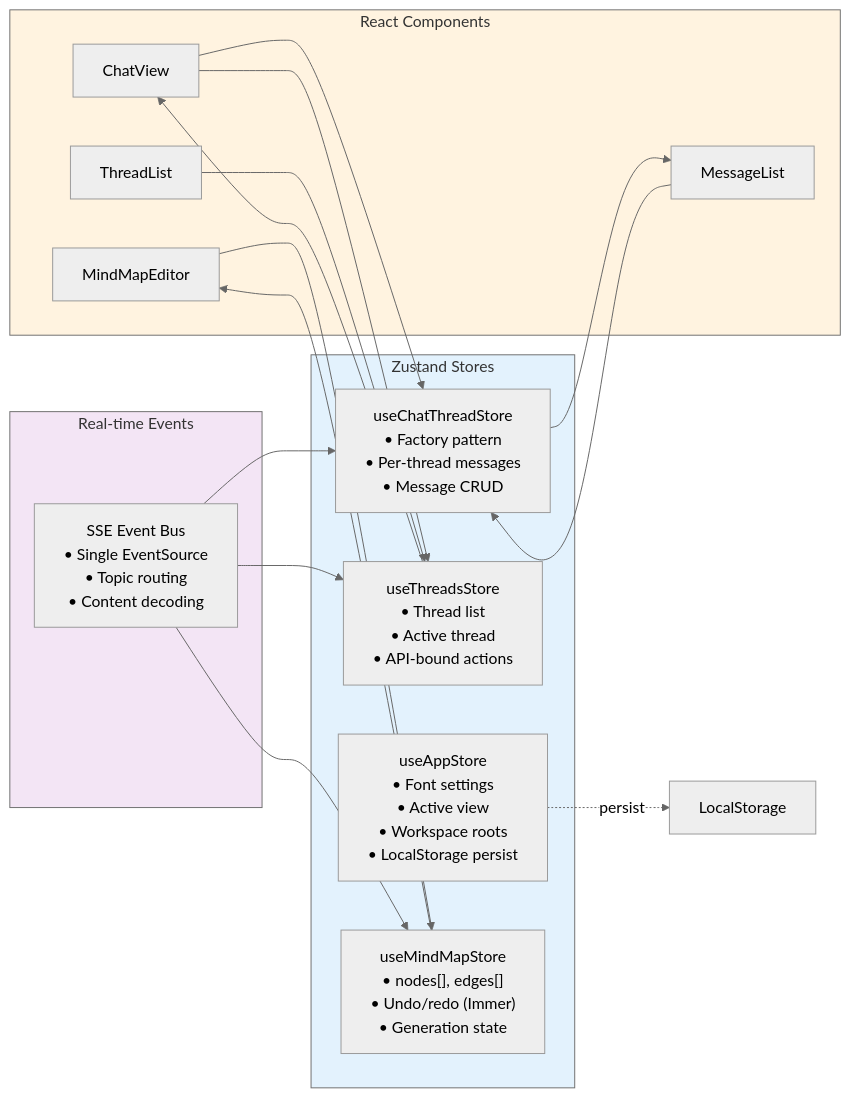
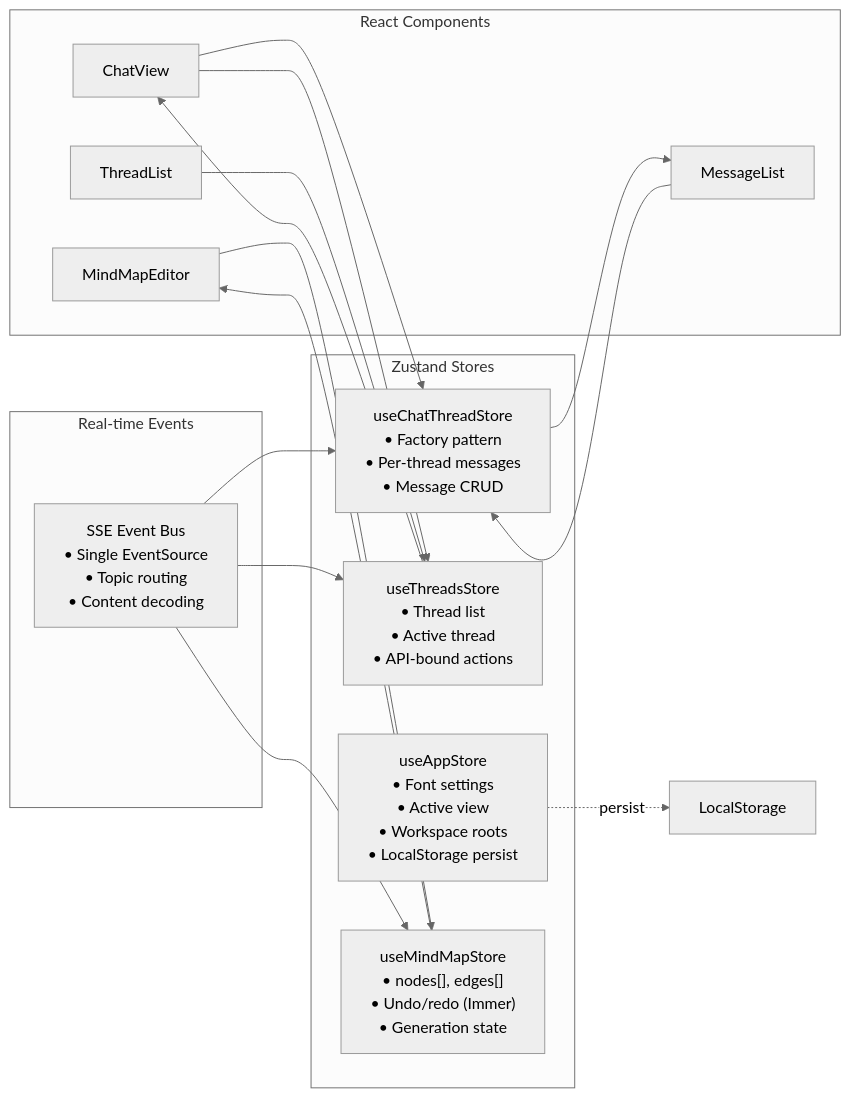
The second of 7 diagrams in spec/FOUNDATION.md (sengac/mindstrike), drawn with Mermaid (neutral theme) before and after one commit. The commit also changed other lines of this file and 1 other file, not shown here.

Commit message:
fix: remove diagram colours

````diff
--- a/spec/FOUNDATION.md
+++ b/spec/FOUNDATION.md
@@ -122,40 +118,36 @@
 ```mermaid
 graph LR
     subgraph UI["React Components"]
         ChatView["ChatView"]
         MindMapEditor["MindMapEditor"]
         ThreadList["ThreadList"]
         MessageList["MessageList"]
     end
     
     subgraph Stores["Zustand Stores"]
         AppStore["useAppStore<br/>• Font settings<br/>• Active view<br/>• Workspace roots<br/>• LocalStorage persist"]
         ThreadsStore["useThreadsStore<br/>• Thread list<br/>• Active thread<br/>• API-bound actions"]
         ChatStore["useChatThreadStore<br/>• Factory pattern<br/>• Per-thread messages<br/>• Message CRUD"]
         MindMapStore["useMindMapStore<br/>• nodes[], edges[]<br/>• Undo/redo (Immer)<br/>• Generation state"]
     end
     
     subgraph EventBus["Real-time Events"]
         SSE["SSE Event Bus<br/>• Single EventSource<br/>• Topic routing<br/>• Content decoding"]
     end
     
     ChatView --> ThreadsStore
     ChatView --> ChatStore
     ThreadList --> ThreadsStore
     MessageList --> ChatStore
     MindMapEditor --> MindMapStore
     
     ThreadsStore --> ChatView
     ChatStore --> MessageList
     MindMapStore --> MindMapEditor
     
     SSE --> MindMapStore
     SSE --> ChatStore
     SSE --> ThreadsStore
     
     AppStore -.->|persist| LocalStorage["LocalStorage"]
-    
-    style Stores fill:#e3f2fd
-    style UI fill:#fff3e0
-    style EventBus fill:#f3e5f5
 ```
````
